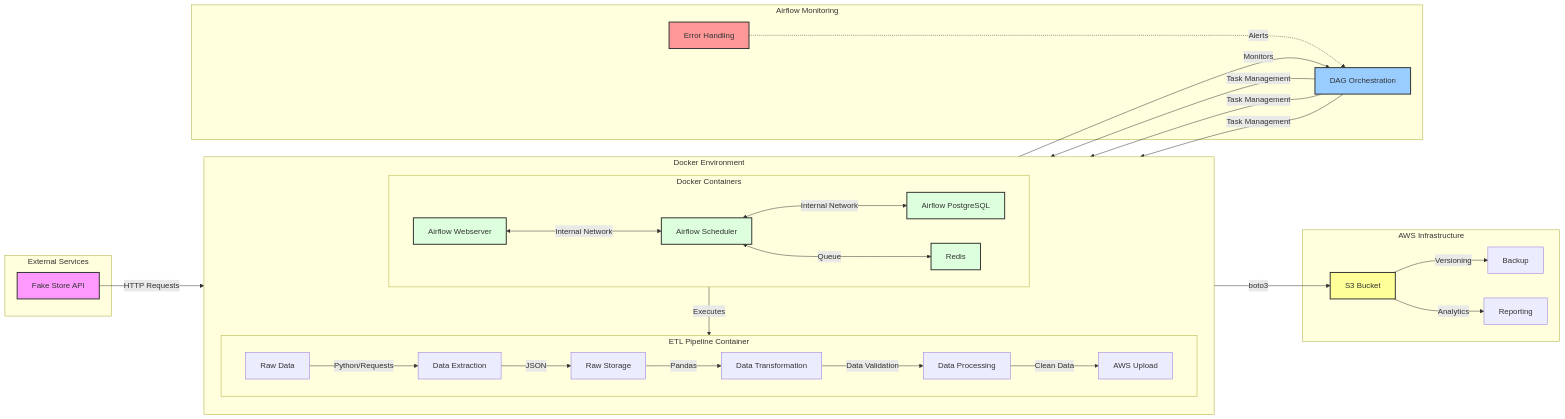
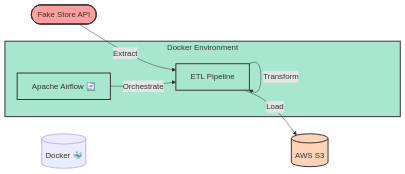
The diagram in README.md (alexvidi/E-commerce-ETL-Project-Airflow-AWS-Docker), drawn with Mermaid before and after one commit. The commit also changed other lines of this file, not shown here.

Commit message:
fixed mermaid diagram

````diff
--- a/README.md
+++ b/README.md
@@ -23,74 +23,29 @@
 ```mermaid
-graph LR
-    subgraph "Docker Environment"
-        direction TB
-        subgraph "Docker Containers"
-            direction LR
-            W[Airflow Webserver]
-            S[Airflow Scheduler]
-            P[Airflow PostgreSQL]
-            R[Redis]
-        end
-
-        subgraph "ETL Pipeline Container"
-            direction LR
-            B[Raw Data]
-            C[Data Extraction]
-            D[Raw Storage]
-            E[Data Transformation]
-            F[Data Processing]
-            G[AWS Upload]
-            
-            B -->|Python/Requests| C
-            C -->|JSON| D
-            D -->|Pandas| E
-            E -->|Data Validation| F
-            F -->|Clean Data| G
-        end
+flowchart LR
+    %% Main Components
+    API([Fake Store API])
+    DC[("Docker 🐳")]
+    S3[(AWS S3)]
+    
+    %% Docker Container Components
+    subgraph Docker["Docker Environment"]
+        AF["Apache Airflow 🔄"]
+        ETL["ETL Pipeline"]
     end
-
-    subgraph "External Services"
-        A[Fake Store API]
-    end
-
-    subgraph "AWS Infrastructure"
-        H[S3 Bucket]
-        I[Backup]
-        J[Reporting]
-    end
-
-    subgraph "Airflow Monitoring"
-        K[DAG Orchestration]
-        L[Error Handling]
-    end
-
-    %% Connections
-    A -->|HTTP Requests| B
-    G -->|boto3| H
-    H -->|Versioning| I
-    H -->|Analytics| J
-    K -->|Task Management| C
-    K -->|Task Management| E
-    K -->|Task Management| G
-    L -.->|Alerts| K
-
-    %% Container Communications
-    W <--->|Internal Network| S
-    S <--->|Internal Network| P
-    S <--->|Queue| R
-    S -->|Executes| C
-    W -->|Monitors| K
-
-    %% Styles
-    style A fill:#f9f,stroke:#333,stroke-width:2px
-    style H fill:#ff9,stroke:#333,stroke-width:2px
-    style K fill:#9cf,stroke:#333,stroke-width:2px
-    style L fill:#f99,stroke:#333,stroke-width:2px
-    style W fill:#dfd,stroke:#333,stroke-width:2px
-    style S fill:#dfd,stroke:#333,stroke-width:2px
-    style P fill:#dfd,stroke:#333,stroke-width:2px
-    style R fill:#dfd,stroke:#333,stroke-width:2px
     
-    classDef container fill:#e4f7e4,stroke:#333,stroke-width:2px
-    class W,S,P,R container
+    %% Flow
+    API -->|Extract| ETL
+    ETL -->|Transform| ETL
+    ETL -->|Load| S3
+    AF -->|Orchestrate| ETL
+    
+    %% Styling
+    classDef api fill:#ff9f9f,stroke:#333,stroke-width:2px
+    classDef docker fill:#a8e6cf,stroke:#333,stroke-width:2px
+    classDef aws fill:#ffd3b6,stroke:#333,stroke-width:2px
+    classDef flow fill:#dcedc1,stroke:#333,stroke-width:2px
+    
+    class API api
+    class Docker,AF,ETL docker
+    class S3 aws
 ```
````
